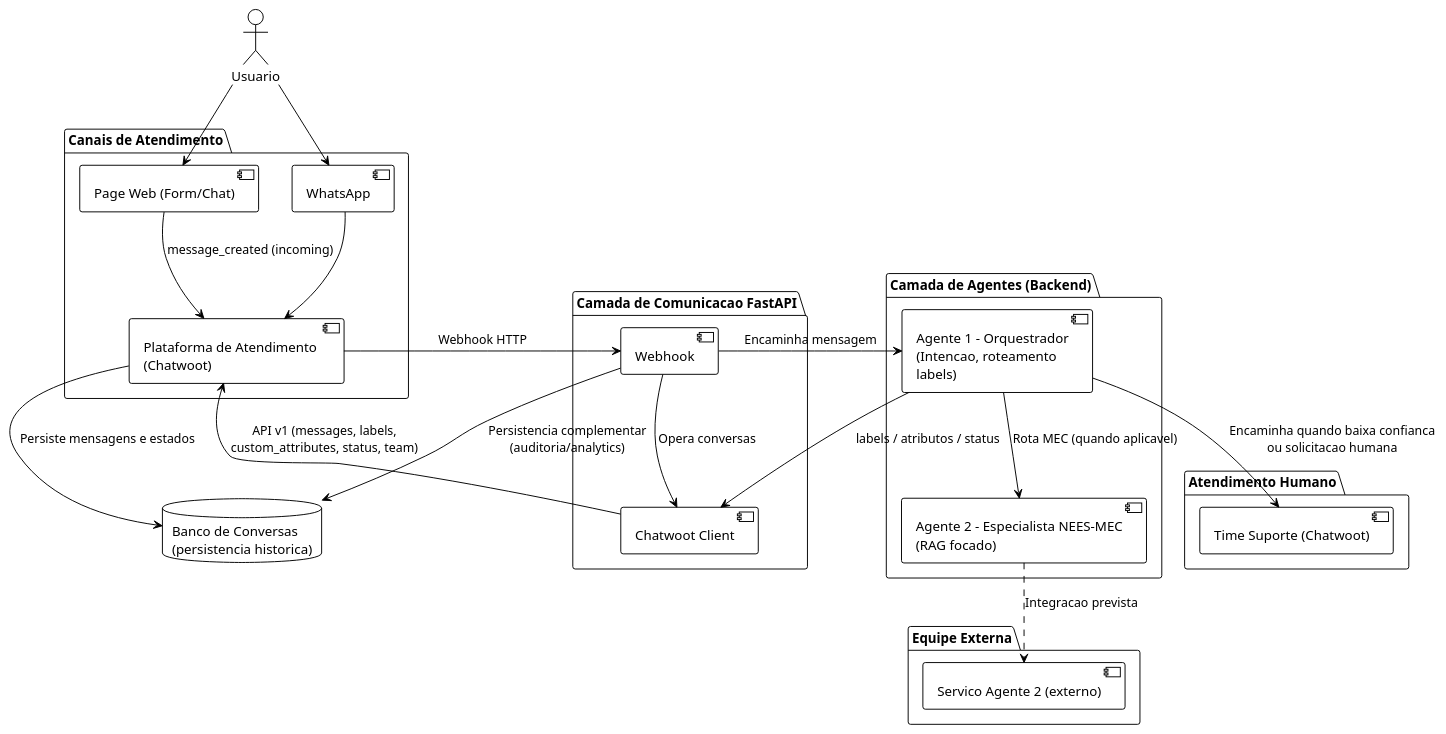
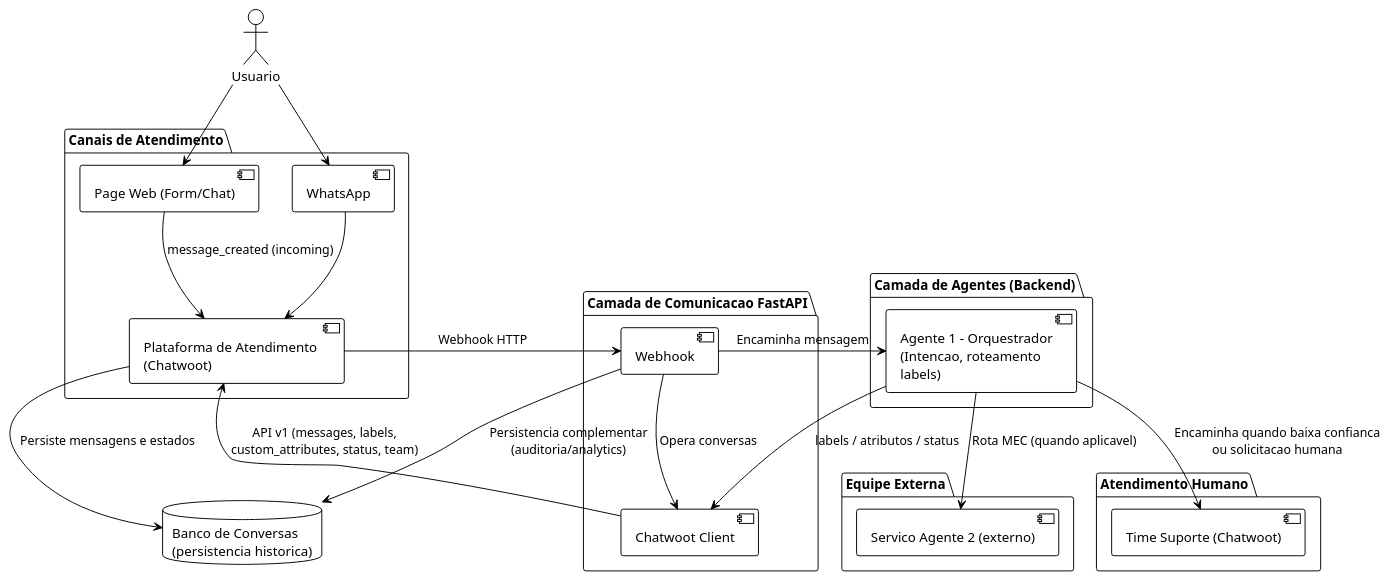
Before and after one commit to eltonsarmanho/FastAPIChatWoot: the diagram in Diagrama/Arquitetura.wsd, drawn with PlantUML. The commit also changed 2 other files, not shown here.

```diff
--- a/Diagrama/Arquitetura.wsd
+++ b/Diagrama/Arquitetura.wsd
@@ -1,57 +1,55 @@
 @startuml
 !theme plain
 top to bottom direction
 
 actor Usuario
 
 package "Canais de Atendimento" {
     component WebWidget as "Page Web (Form/Chat)"
     component WPP as "WhatsApp"
     component Chatwoot as "Plataforma de Atendimento \n(Chatwoot)"
 }
 
 package "Camada de Comunicacao FastAPI" {
     component FastAPIWebhook as "Webhook"
     component ChatwootClient as "Chatwoot Client"
 }
 
 package "Camada de Agentes (Backend)" {
     component Agente1 as "Agente 1 - Orquestrador\n(Intencao, roteamento\nlabels)"
-    component Agente2 as "Agente 2 - Especialista NEES-MEC\n(RAG focado)"
 }
 
 package "Equipe Externa" {
     component Agente2Externo as "Servico Agente 2 (externo)"
 }
 
 package "Atendimento Humano" {
     component TimeSuporte as "Time Suporte (Chatwoot)"
 }
 
 database DBConversas as "Banco de Conversas\n(persistencia historica)"
 
 ' Entrada
 Usuario --> WebWidget
 Usuario --> WPP
 WPP --> Chatwoot
 WebWidget --> Chatwoot : message_created (incoming)
 Chatwoot --> FastAPIWebhook : Webhook HTTP
 
 ' Orquestracao
 FastAPIWebhook --> Agente1 : Encaminha mensagem
-Agente1 --> Agente2 : Rota MEC (quando aplicavel)
+Agente1 --> Agente2Externo : Rota MEC (quando aplicavel)
 
-' Agente 2 externo (alvo futuro)
-Agente2 ..> Agente2Externo : Integracao prevista
+
 
 ' Persistencia e resposta no Chatwoot via cliente
 FastAPIWebhook --> ChatwootClient : Opera conversas
 Agente1 --> ChatwootClient : labels / atributos / status
 ChatwootClient --> Chatwoot : API v1 (messages, labels,\ncustom_attributes, status, team)
 Chatwoot --> DBConversas : Persiste mensagens e estados
 FastAPIWebhook --> DBConversas : Persistencia complementar\n(auditoria/analytics)
 
 ' Escalonamento
 Agente1 --> TimeSuporte : Encaminha quando baixa confianca\nou solicitacao humana
 
 @enduml
```
